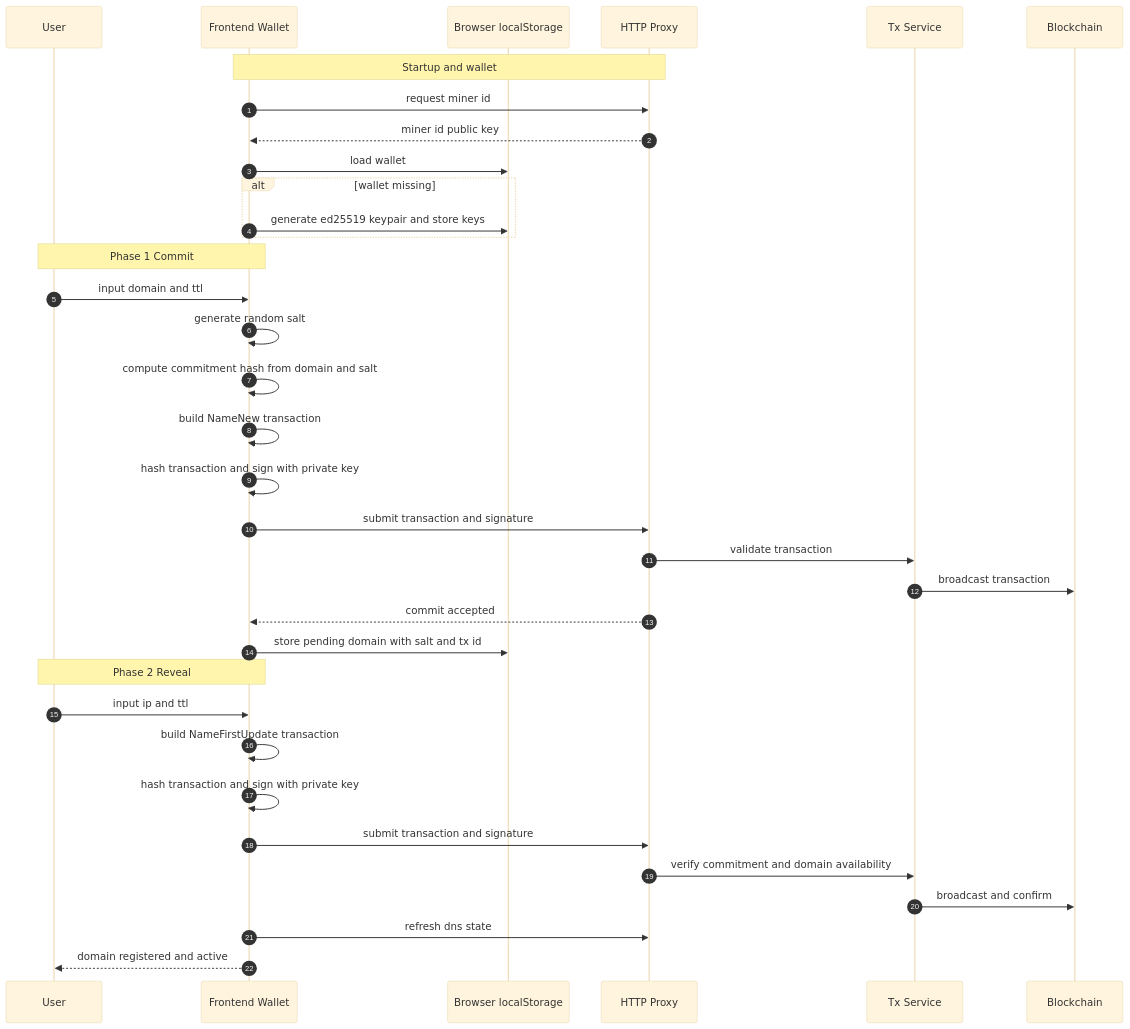
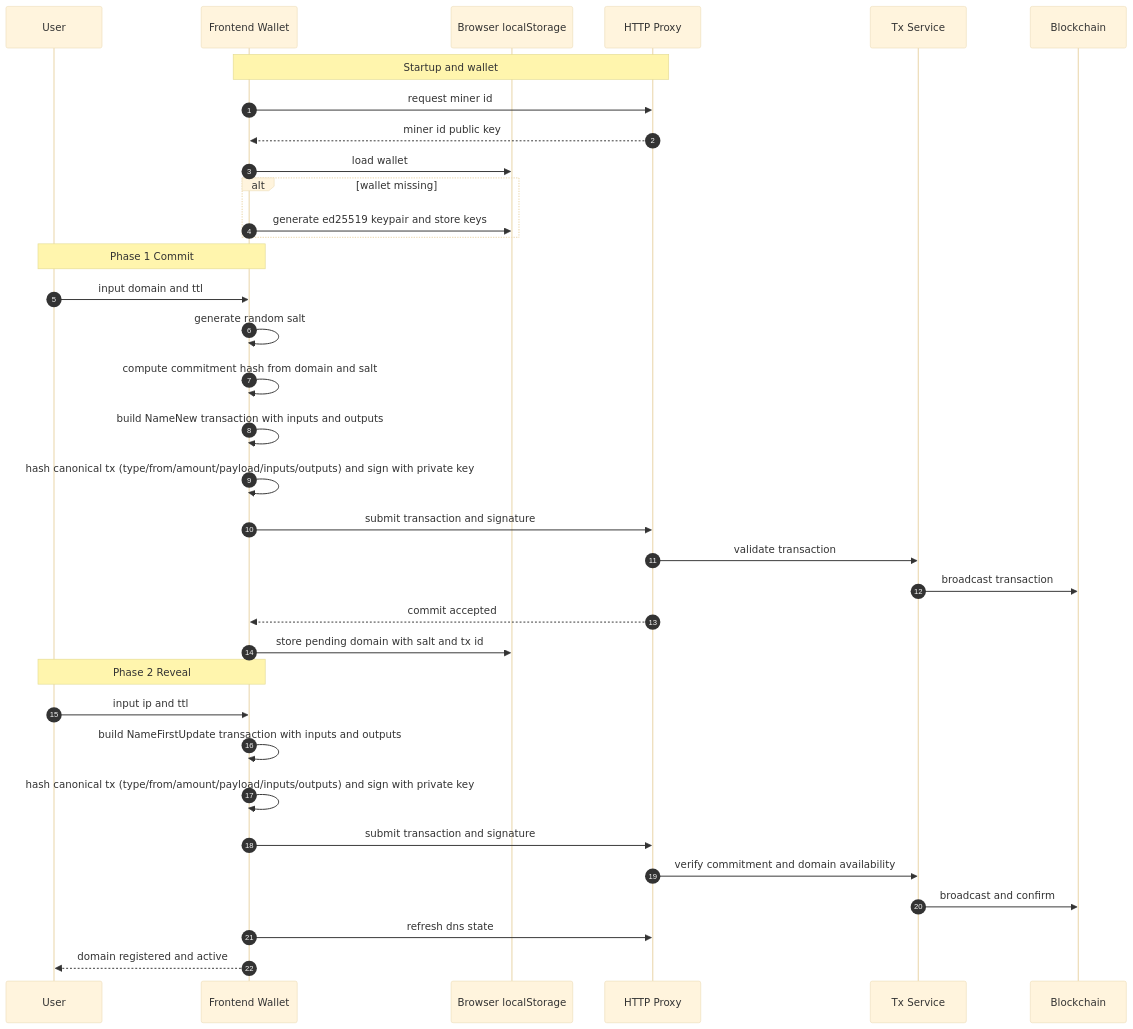
One commit to Dearop/Namecoin changed the diagram in Diagrams/DomainCreation.mmd. Above: the diagram before and after it, drawn with Mermaid (base theme).

Commit message:
update diagram to current state.

```diff
--- a/Diagrams/DomainCreation.mmd
+++ b/Diagrams/DomainCreation.mmd
@@ -1,38 +1,38 @@
 sequenceDiagram
     autonumber
     participant U as User
     participant FE as Frontend Wallet
     participant LS as Browser localStorage
     participant BE as HTTP Proxy
     participant TX as Tx Service
     participant BC as Blockchain
 
     Note over FE,BE: Startup and wallet
     FE ->> BE: request miner id
     BE -->> FE: miner id public key
     FE ->> LS: load wallet
     alt wallet missing
         FE ->> LS: generate ed25519 keypair and store keys
     end
 
     Note over U,FE: Phase 1 Commit
     U ->> FE: input domain and ttl
     FE ->> FE: generate random salt
     FE ->> FE: compute commitment hash from domain and salt
-    FE ->> FE: build NameNew transaction
-    FE ->> FE: hash transaction and sign with private key
+    FE ->> FE: build NameNew transaction with inputs and outputs
+    FE ->> FE: hash canonical tx (type/from/amount/payload/inputs/outputs) and sign with private key
     FE ->> BE: submit transaction and signature
     BE ->> TX: validate transaction
     TX ->> BC: broadcast transaction
     BE -->> FE: commit accepted
     FE ->> LS: store pending domain with salt and tx id
 
     Note over U,FE: Phase 2 Reveal
     U ->> FE: input ip and ttl
-    FE ->> FE: build NameFirstUpdate transaction
-    FE ->> FE: hash transaction and sign with private key
+    FE ->> FE: build NameFirstUpdate transaction with inputs and outputs
+    FE ->> FE: hash canonical tx (type/from/amount/payload/inputs/outputs) and sign with private key
     FE ->> BE: submit transaction and signature
     BE ->> TX: verify commitment and domain availability
     TX ->> BC: broadcast and confirm
     FE ->> BE: refresh dns state
     FE -->> U: domain registered and active
```
